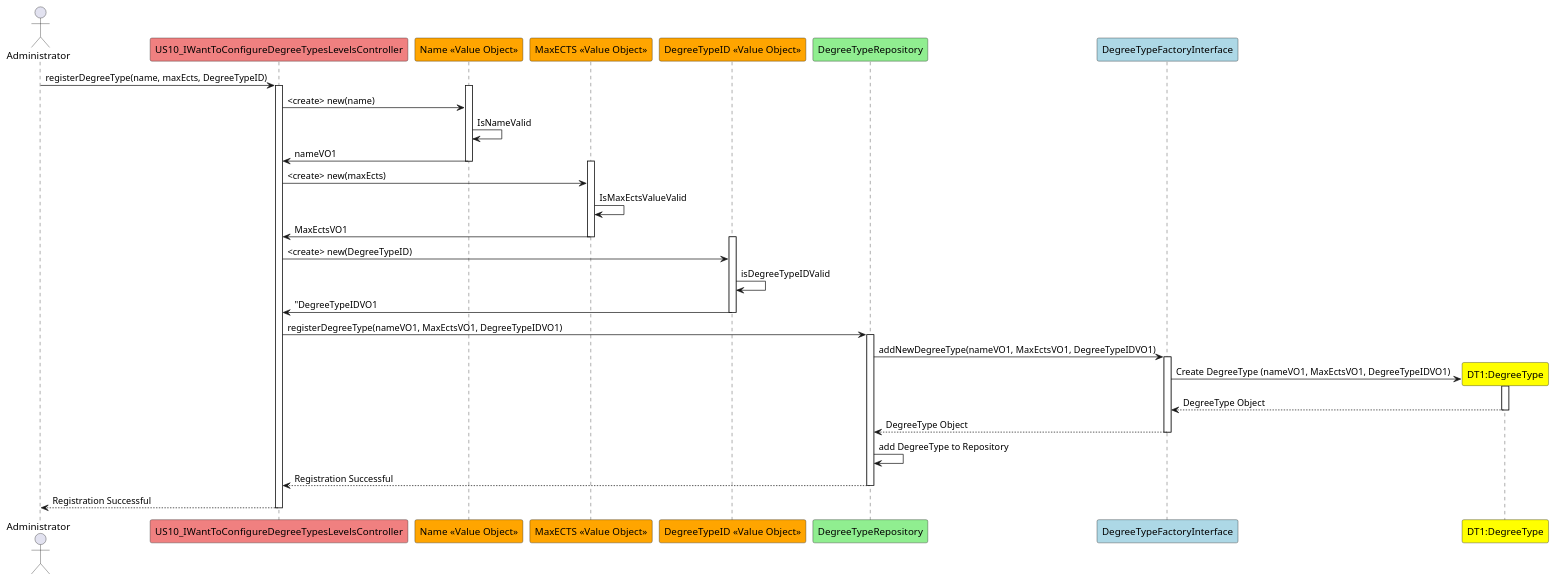
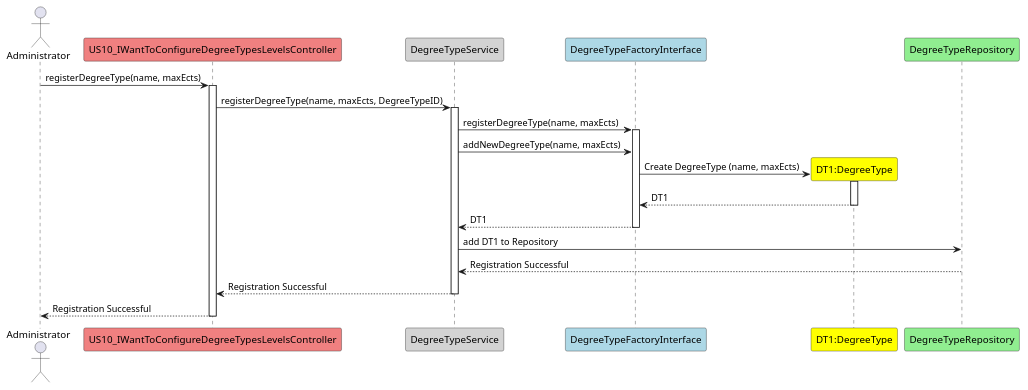
Before and after one commit to GasparISEP/DevOps-PAI: the diagram in docs/US10/US10_ConfigureDegreeTypeInSystemSD.puml, drawn with PlantUML. The commit also changed 1 other file, not shown here.

Commit message:
Update Sequence and Class Diagram to integrate Spring in DegreeType aggregate. Close #293

```diff
--- a/docs/US10/US10_ConfigureDegreeTypeInSystemSD.puml
+++ b/docs/US10/US10_ConfigureDegreeTypeInSystemSD.puml
@@ -1,44 +1,32 @@
 @startuml
 actor Administrator as Adm
 participant "US10_IWantToConfigureDegreeTypesLevelsController" as Controller #lightcoral
-participant "Name <<Value Object>>" as N #orange
-participant "MaxECTS <<Value Object>>" as MAX #orange
-participant "DegreeTypeID <<Value Object>>" as DTID #orange
-participant "DegreeTypeRepository" as DTR #lightgreen
+participant "DegreeTypeService" as S #lightgrey
 participant "DegreeTypeFactoryInterface" as DTF #lightblue
 
 
-Adm -> Controller : registerDegreeType(name, maxEcts, DegreeTypeID)
+
+
+Adm -> Controller : registerDegreeType(name, maxEcts)
 activate Controller
-activate N
-Controller -> N : <create> new(name)
-N -> N : IsNameValid
-N -> Controller : nameVO1
-deactivate N
-activate MAX
-Controller -> MAX : <create> new(maxEcts)
-MAX -> MAX : IsMaxEctsValueValid
-MAX -> Controller : MaxEctsVO1
-deactivate MAX
-activate DTID
-Controller -> DTID : <create> new(DegreeTypeID)
-DTID -> DTID : isDegreeTypeIDValid
-DTID -> Controller : "DegreeTypeIDVO1
-deactivate DTID
-Controller -> DTR : registerDegreeType(nameVO1, MaxEctsVO1, DegreeTypeIDVO1)
-activate DTR
-DTR -> DTF : addNewDegreeType(nameVO1, MaxEctsVO1, DegreeTypeIDVO1)
+Controller -> S : registerDegreeType(name, maxEcts, DegreeTypeID)
+activate S
+S -> DTF : registerDegreeType(name, maxEcts)
 activate DTF
+S -> DTF : addNewDegreeType(name, maxEcts)
 create "DT1:DegreeType" as DT #yellow
-DTF -> DT : Create DegreeType (nameVO1, MaxEctsVO1, DegreeTypeIDVO1)
+DTF -> DT : Create DegreeType (name, maxEcts)
 activate DT
-DT --> DTF : DegreeType Object
+DT --> DTF : DT1
 deactivate DT
-DTF --> DTR : DegreeType Object
+participant "DegreeTypeRepository" as DTR #lightgreen
+DTF --> S : DT1
 deactivate DTF
-DTR -> DTR : add DegreeType to Repository
-DTR --> Controller : Registration Successful
+S -> DTR : add DT1 to Repository
+DTR --> S : Registration Successful
 deactivate DTR
+S --> Controller : Registration Successful
+deactivate S
 Controller --> Adm : Registration Successful
 deactivate Controller
 @enduml
```
